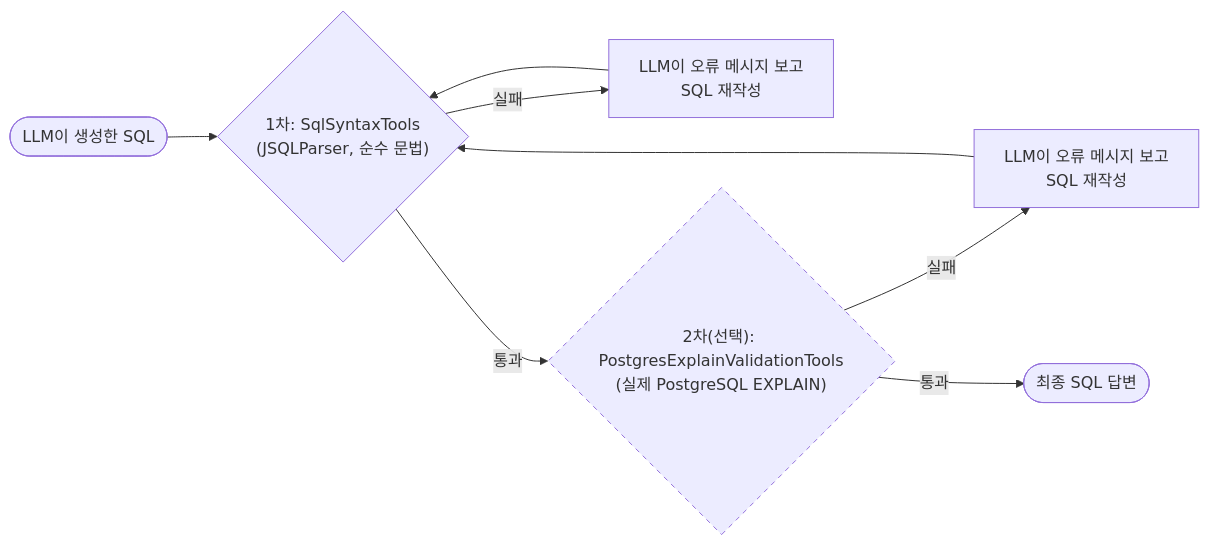
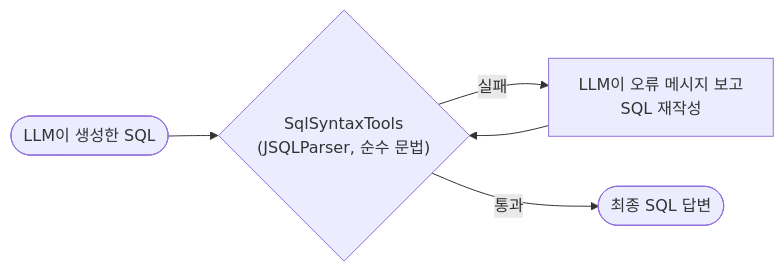
Diagram 12 of 16 in docs/09.dstone-ai-engine.md (YongSoekChoeng/dstone), drawn with Mermaid before and after one commit. The commit also changed other lines of this file and 28 other files, not shown here.

````diff
--- a/docs/09.dstone-ai-engine.md
+++ b/docs/09.dstone-ai-engine.md
@@ -523,9 +522,6 @@
 ```mermaid
 flowchart LR
-    LLM(["LLM이 생성한 SQL"]) --> S1{"1차: SqlSyntaxTools<br/>(JSQLParser, 순수 문법)"}
+    LLM(["LLM이 생성한 SQL"]) --> S1{"SqlSyntaxTools<br/>(JSQLParser, 순수 문법)"}
     S1 -->|실패| Fix1["LLM이 오류 메시지 보고<br/>SQL 재작성"] --> S1
-    S1 -->|통과| S2{"2차(선택): PostgresExplainValidationTools<br/>(실제 PostgreSQL EXPLAIN)"}
-    S2 -->|실패| Fix2["LLM이 오류 메시지 보고<br/>SQL 재작성"] --> S1
-    S2 -->|통과| Done(["최종 SQL 답변"])
-    style S2 stroke-dasharray: 5 5
+    S1 -->|통과| Done(["최종 SQL 답변"])
 ```
````
